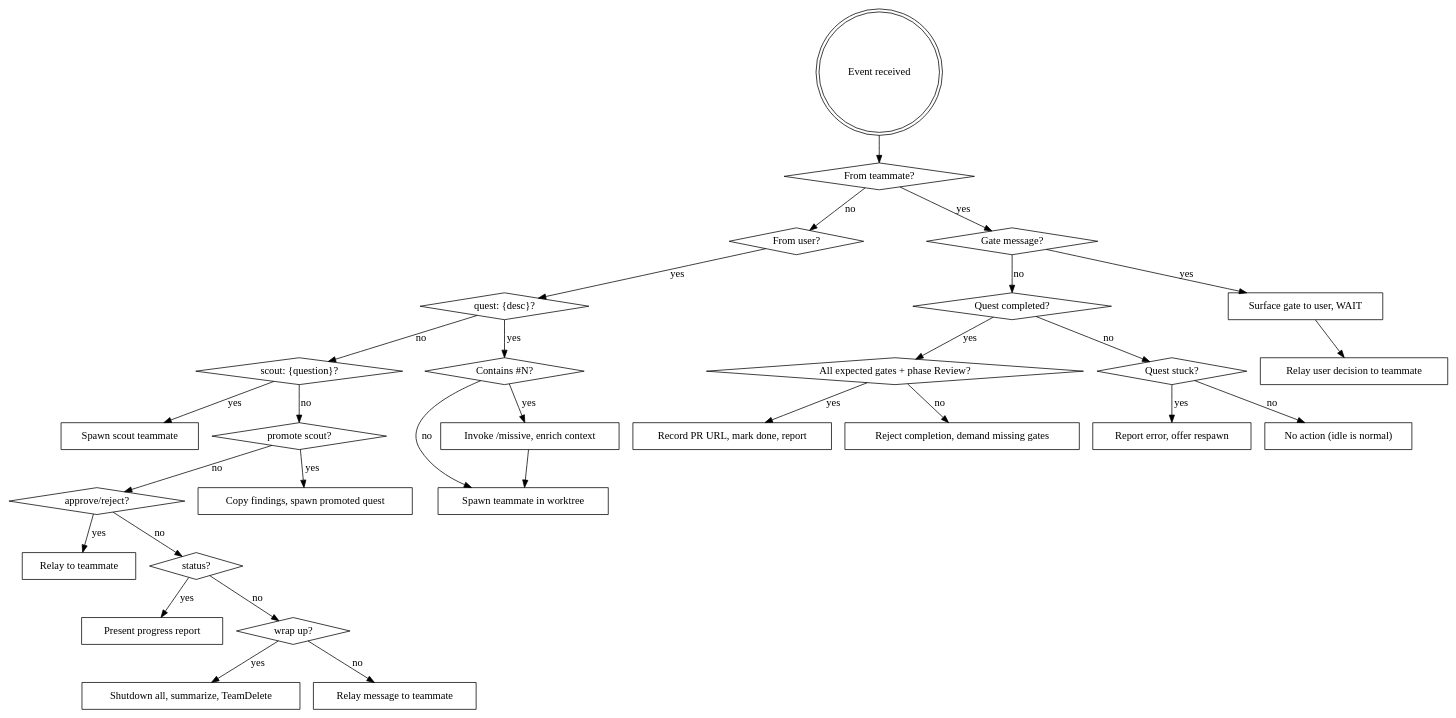
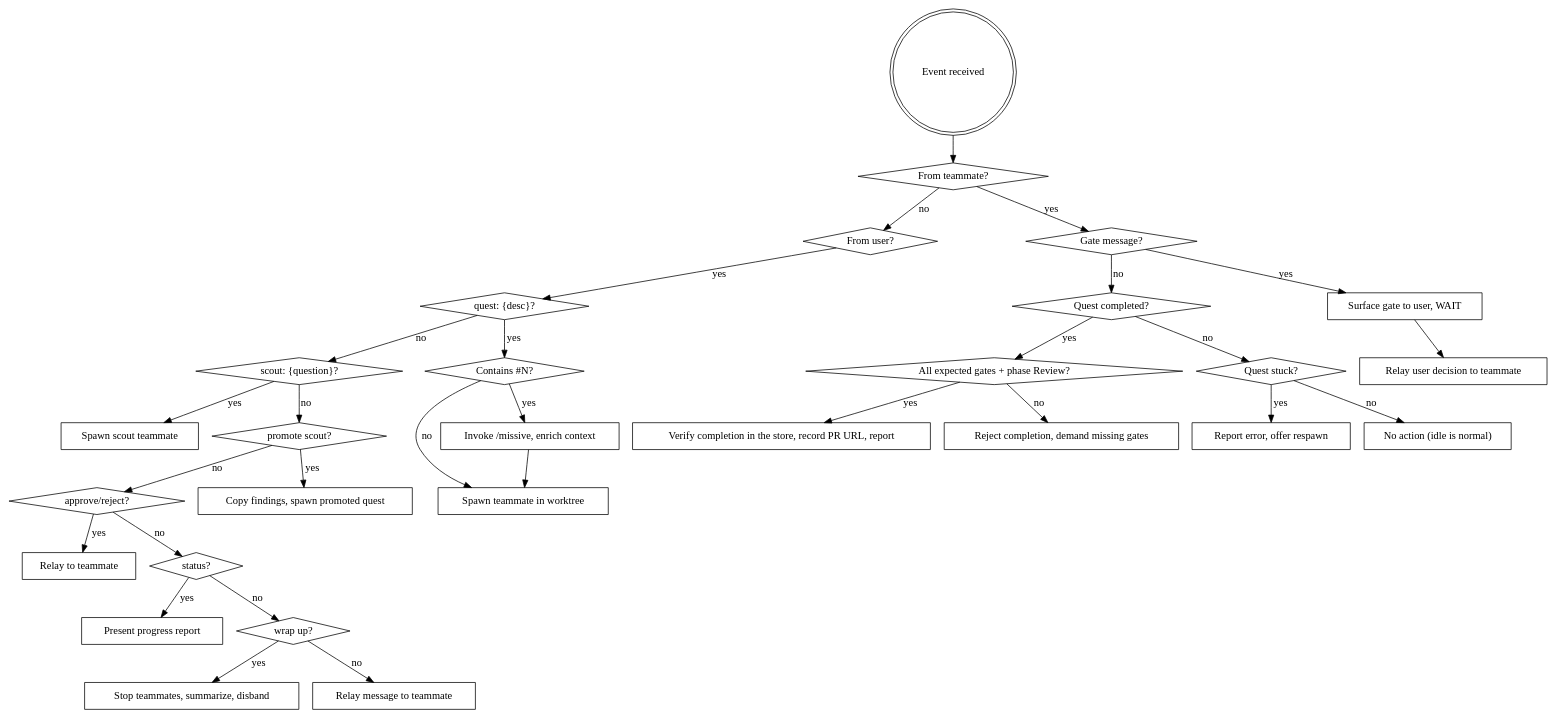
The diagram in plugin/skills/fellowship/resources/lead-behavior.md (justinjdev/fellowship), drawn with Graphviz before and after one commit. The commit also changed other lines of this file and 14 other files, not shown here.

````diff
--- a/plugin/skills/fellowship/resources/lead-behavior.md
+++ b/plugin/skills/fellowship/resources/lead-behavior.md
@@ -3,63 +3,63 @@
 ```dot
 digraph gandalf {
     "Event received" [shape=doublecircle];
     "From teammate?" [shape=diamond];
     "From user?" [shape=diamond];
     "Gate message?" [shape=diamond];
     "Quest completed?" [shape=diamond];
     "All expected gates + phase Review?" [shape=diamond];
     "Quest stuck?" [shape=diamond];
     "Surface gate to user, WAIT" [shape=box];
     "Relay user decision to teammate" [shape=box];
-    "Record PR URL, mark done, report" [shape=box];
+    "Verify completion in the store, record PR URL, report" [shape=box];
     "Reject completion, demand missing gates" [shape=box];
     "Report error, offer respawn" [shape=box];
     "No action (idle is normal)" [shape=box];
     "quest: {desc}?" [shape=diamond];
     "Spawn teammate in worktree" [shape=box];
     "scout: {question}?" [shape=diamond];
     "Spawn scout teammate" [shape=box];
     "approve/reject?" [shape=diamond];
     "Relay to teammate" [shape=box];
     "status?" [shape=diamond];
     "Present progress report" [shape=box];
     "wrap up?" [shape=diamond];
-    "Shutdown all, summarize, TeamDelete" [shape=box];
+    "Stop teammates, summarize, disband" [shape=box];
     "Relay message to teammate" [shape=box];
 
     "Event received" -> "From teammate?";
     "From teammate?" -> "Gate message?" [label="yes"];
     "From teammate?" -> "From user?" [label="no"];
     "Gate message?" -> "Surface gate to user, WAIT" [label="yes"];
     "Surface gate to user, WAIT" -> "Relay user decision to teammate";
     "Gate message?" -> "Quest completed?" [label="no"];
     "Quest completed?" -> "All expected gates + phase Review?" [label="yes"];
-    "All expected gates + phase Review?" -> "Record PR URL, mark done, report" [label="yes"];
+    "All expected gates + phase Review?" -> "Verify completion in the store, record PR URL, report" [label="yes"];
     "All expected gates + phase Review?" -> "Reject completion, demand missing gates" [label="no"];
     "Quest completed?" -> "Quest stuck?" [label="no"];
     "Quest stuck?" -> "Report error, offer respawn" [label="yes"];
     "Quest stuck?" -> "No action (idle is normal)" [label="no"];
     "From user?" -> "quest: {desc}?" [label="yes"];
     "Contains #N?" [shape=diamond];
     "Invoke /missive, enrich context" [shape=box];
 
     "quest: {desc}?" -> "Contains #N?" [label="yes"];
     "Contains #N?" -> "Invoke /missive, enrich context" [label="yes"];
     "Invoke /missive, enrich context" -> "Spawn teammate in worktree";
     "Contains #N?" -> "Spawn teammate in worktree" [label="no"];
     "quest: {desc}?" -> "scout: {question}?" [label="no"];
     "scout: {question}?" -> "Spawn scout teammate" [label="yes"];
     "promote scout?" [shape=diamond];
     "Copy findings, spawn promoted quest" [shape=box];
 
     "scout: {question}?" -> "promote scout?" [label="no"];
     "promote scout?" -> "Copy findings, spawn promoted quest" [label="yes"];
     "promote scout?" -> "approve/reject?" [label="no"];
     "approve/reject?" -> "Relay to teammate" [label="yes"];
     "approve/reject?" -> "status?" [label="no"];
     "status?" -> "Present progress report" [label="yes"];
     "status?" -> "wrap up?" [label="no"];
-    "wrap up?" -> "Shutdown all, summarize, TeamDelete" [label="yes"];
+    "wrap up?" -> "Stop teammates, summarize, disband" [label="yes"];
     "wrap up?" -> "Relay message to teammate" [label="no"];
 }
 ```
````
